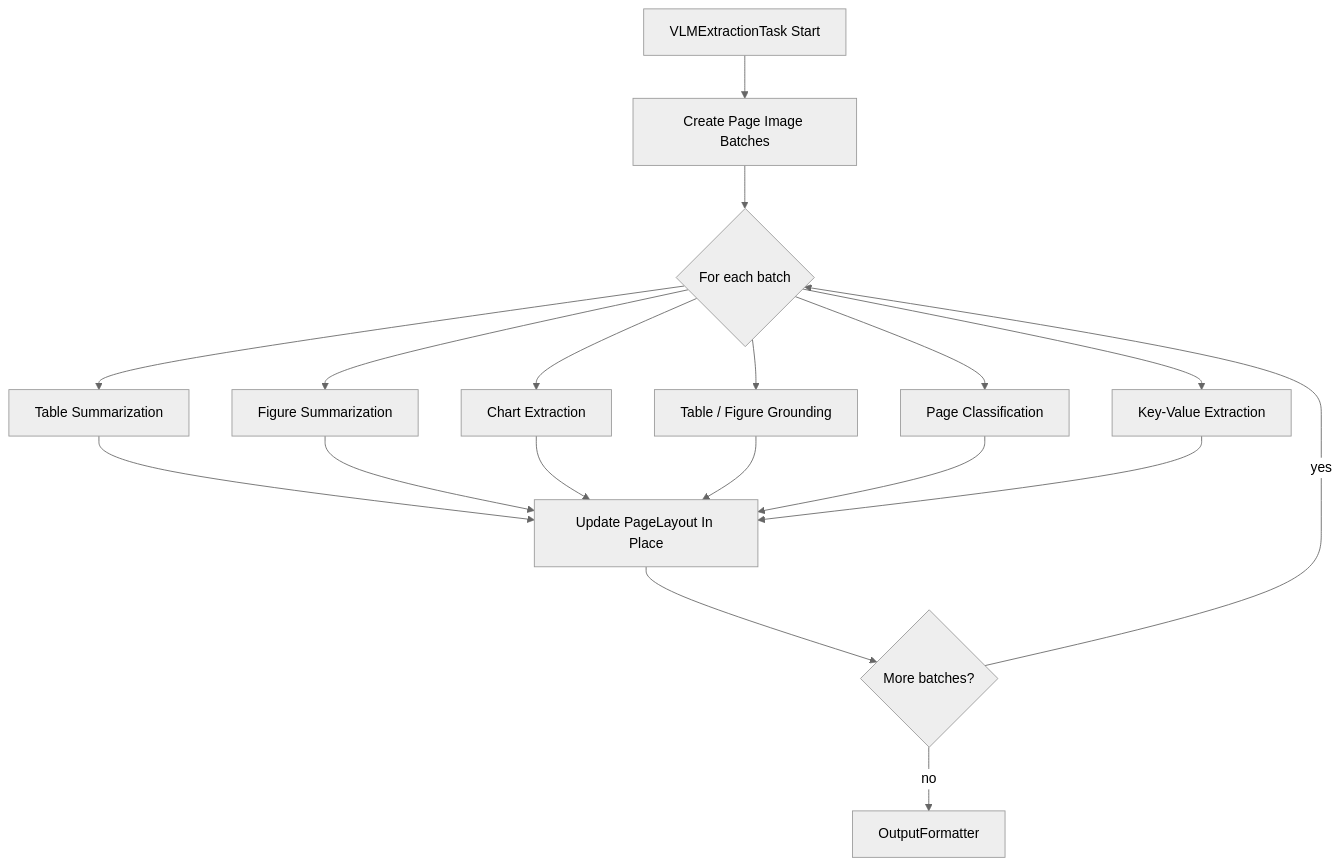
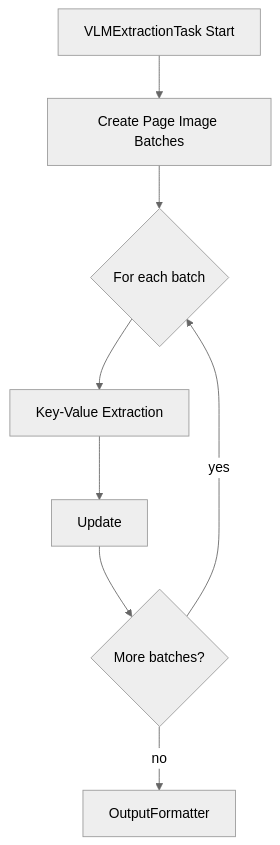
The second of 3 diagrams in docs/pipeline.md (nick-wisniewski/stern-open-ingest), drawn with Mermaid (neutral theme) before and after one commit. The commit also changed other lines of this file and 23 other files, not shown here.

````diff
--- a/docs/pipeline.md
+++ b/docs/pipeline.md
@@ -62,23 +60,13 @@
 ```mermaid
 flowchart TD
     VLMStart[VLMExtractionTask Start] --> BatchCreate[Create Page Image Batches]
     BatchCreate --> Batch{For each batch}
 
-    Batch --> TableSum[Table Summarization]
-    Batch --> FigSum[Figure Summarization]
-    Batch --> Chart[Chart Extraction]
-    Batch --> Grounding[Table / Figure Grounding]
-    Batch --> PageClass[Page Classification]
     Batch --> KV[Key-Value Extraction]
 
-    TableSum --> Update[Update PageLayout In Place]
-    FigSum --> Update
-    Chart --> Update
-    Grounding --> Update
-    PageClass --> Update
     KV --> Update
 
     Update --> More{More batches?}
     More -->|yes| Batch
     More -->|no| Out[OutputFormatter]
 ```
````
